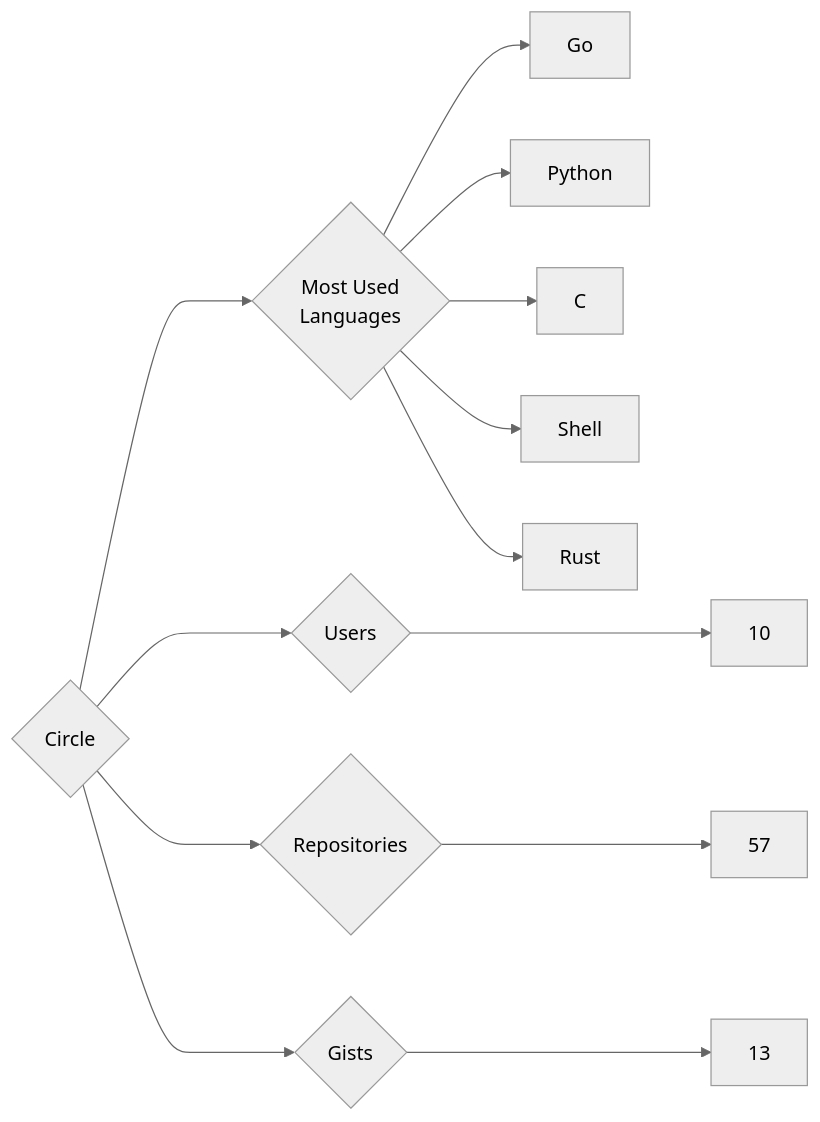
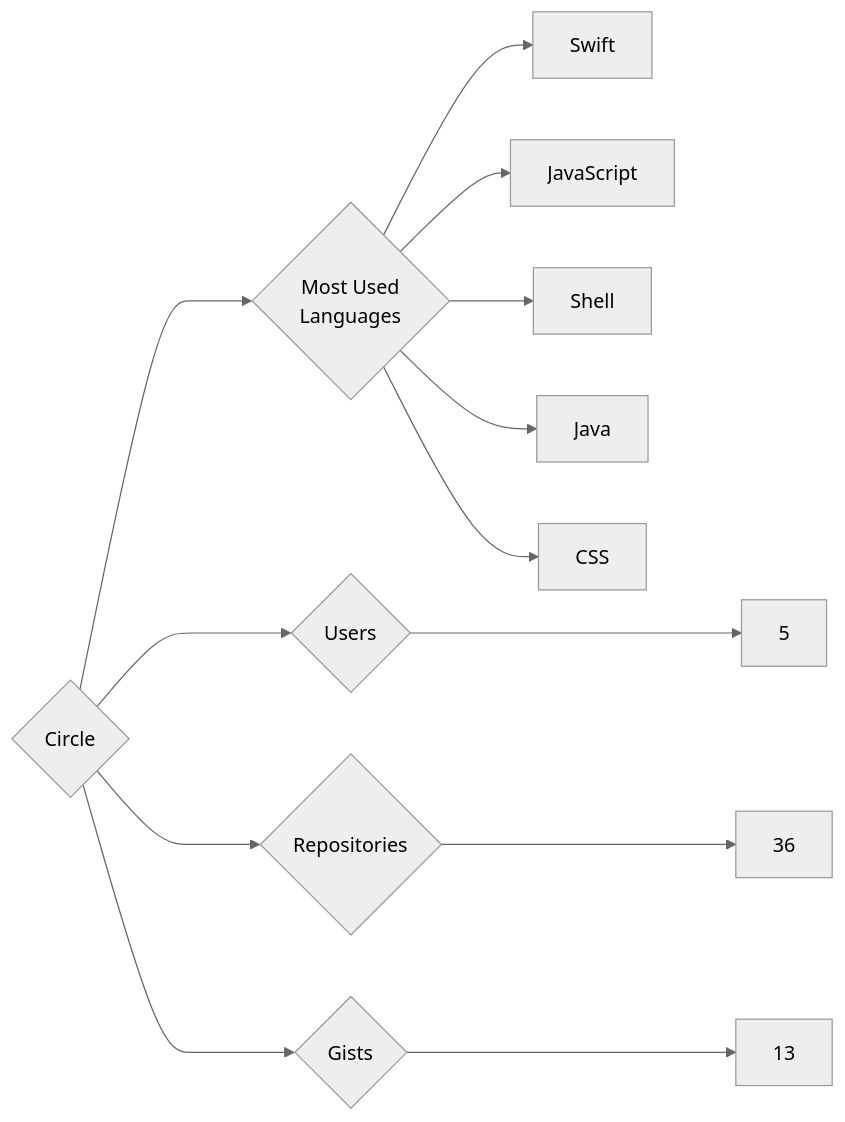
One commit to trickest/insiders changed the diagram in targets/Circle/README.md. Above: the diagram before and after it, drawn with Mermaid (neutral theme). The commit also changed 1195 other files, not shown here.

````diff
--- a/targets/Circle/README.md
+++ b/targets/Circle/README.md
@@ -3,13 +3,13 @@
 ```mermaid
 graph LR
 COMPANY_NAME{Circle}
-COMPANY_NAME ---> U{Users} ---> UN[10]
-COMPANY_NAME ---> R{Repositories} ---> RN[57]
+COMPANY_NAME ---> U{Users} ---> UN[5]
+COMPANY_NAME ---> R{Repositories} ---> RN[36]
 COMPANY_NAME ---> G{Gists} ---> GN[13]
 COMPANY_NAME ---> ML{Most Used<br>Languages}
-ML --> Go[Go]
-ML --> Python[Python]
-ML --> C[C]
+ML --> Swift[Swift]
+ML --> JavaScript[JavaScript]
 ML --> Shell[Shell]
-ML --> Rust[Rust]
+ML --> Java[Java]
+ML --> CSS[CSS]
 ```
````
